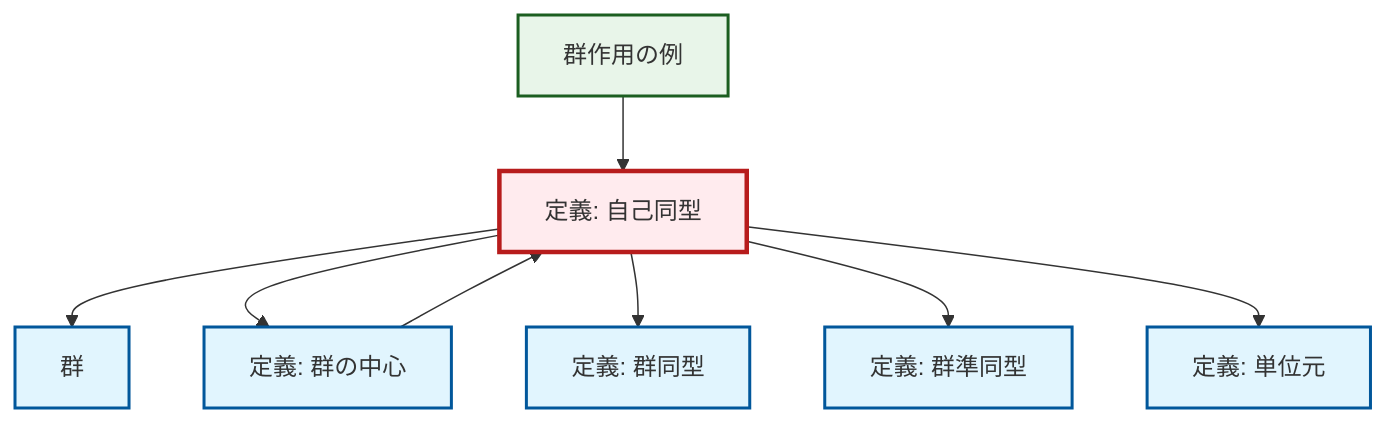
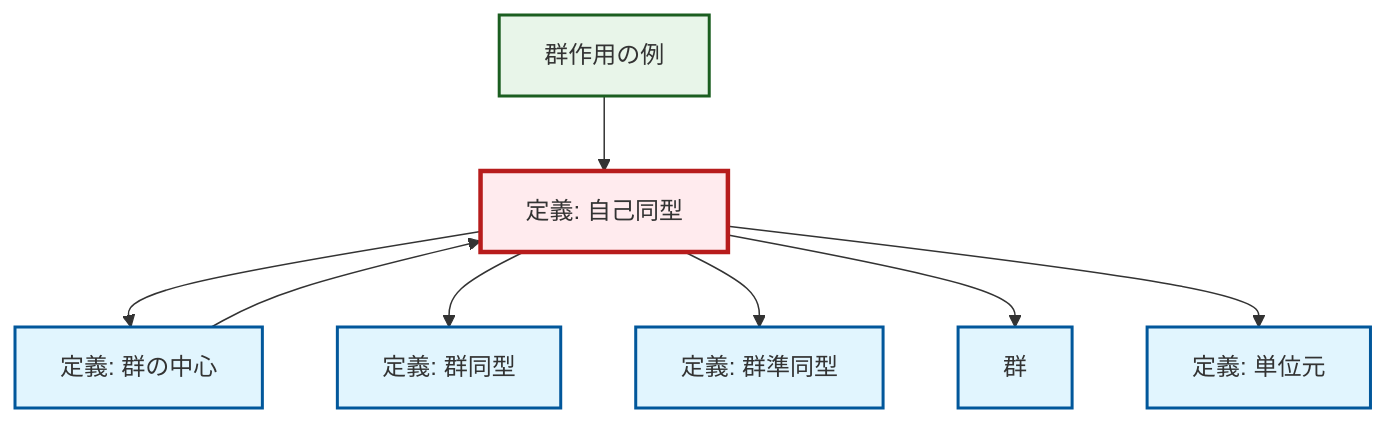
The diagram in content/ja/algebra/def-automorphism.qmd (RK0429/ModernMath), drawn with Mermaid before and after one commit. The commit also changed other lines of this file and 328 other files, not shown here.

````diff
--- a/content/ja/algebra/def-automorphism.qmd
+++ b/content/ja/algebra/def-automorphism.qmd
@@ -101,30 +101,30 @@
 ```{mermaid}
 %%| fig-cap: "ローカル依存関係グラフ"
 graph TD
     classDef definition fill:#e1f5fe,stroke:#01579b,stroke-width:2px
     classDef theorem fill:#f3e5f5,stroke:#4a148c,stroke-width:2px
     classDef axiom fill:#fff3e0,stroke:#e65100,stroke-width:2px
     classDef example fill:#e8f5e9,stroke:#1b5e20,stroke-width:2px
     classDef current fill:#ffebee,stroke:#b71c1c,stroke-width:3px
     ex-group-action-examples["群作用の例"]:::example
+    def-automorphism["定義: 自己同型"]:::definition
+    def-identity-element["定義: 単位元"]:::definition
     def-isomorphism["定義: 群同型"]:::definition
-    def-automorphism["定義: 自己同型"]:::definition
-    def-homomorphism["定義: 群準同型"]:::definition
-    def-identity-element["定義: 単位元"]:::definition
     def-group["群"]:::definition
     def-center-of-group["定義: 群の中心"]:::definition
-    def-automorphism --> def-group
+    def-homomorphism["定義: 群準同型"]:::definition
+    def-center-of-group --> def-automorphism
     def-automorphism --> def-center-of-group
     def-automorphism --> def-isomorphism
     def-automorphism --> def-homomorphism
-    def-center-of-group --> def-automorphism
     ex-group-action-examples --> def-automorphism
+    def-automorphism --> def-group
     def-automorphism --> def-identity-element
     class def-automorphism current
     click ex-group-action-examples "ex-group-action-examples.html" "群作用の例へ"
+    click def-identity-element "def-identity-element.html" "単位元の定義へ"
     click def-isomorphism "def-isomorphism.html" "群同型の定義へ"
-    click def-homomorphism "def-homomorphism.html" "群準同型の定義へ"
-    click def-identity-element "def-identity-element.html" "単位元の定義へ"
     click def-group "def-group.html" "群へ"
     click def-center-of-group "def-center-of-group.html" "群の中心の定義へ"
+    click def-homomorphism "def-homomorphism.html" "群準同型の定義へ"
 ```
````
